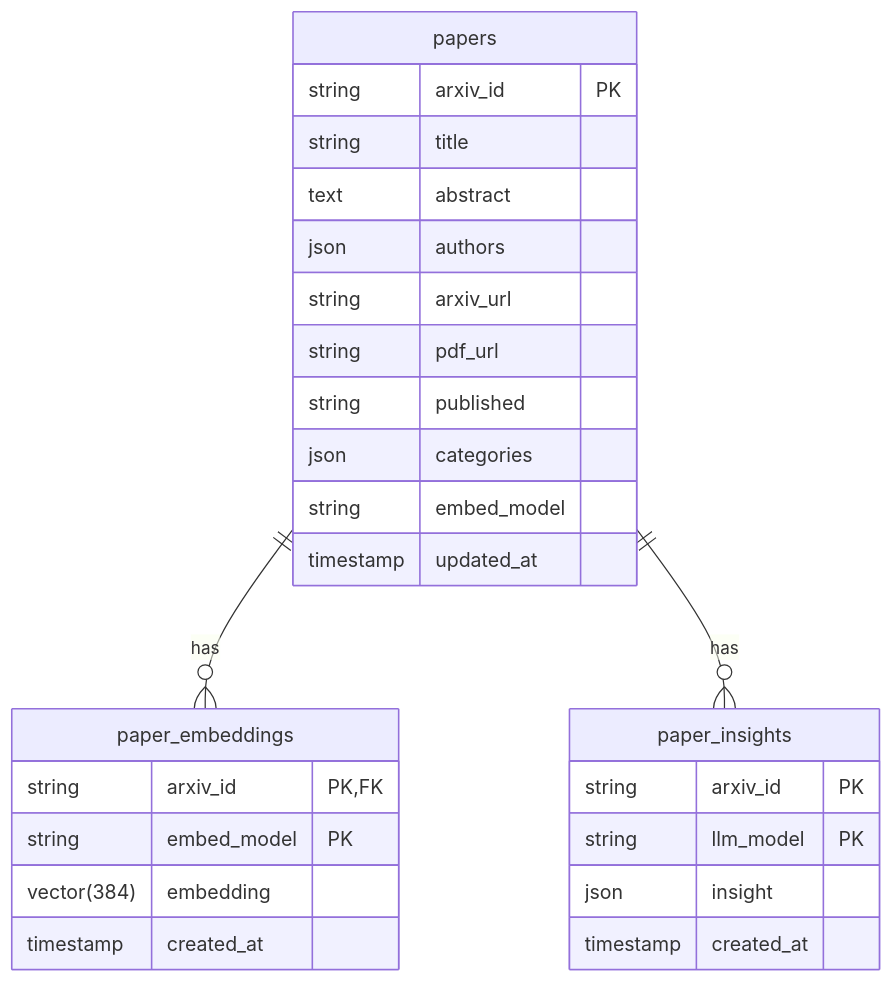
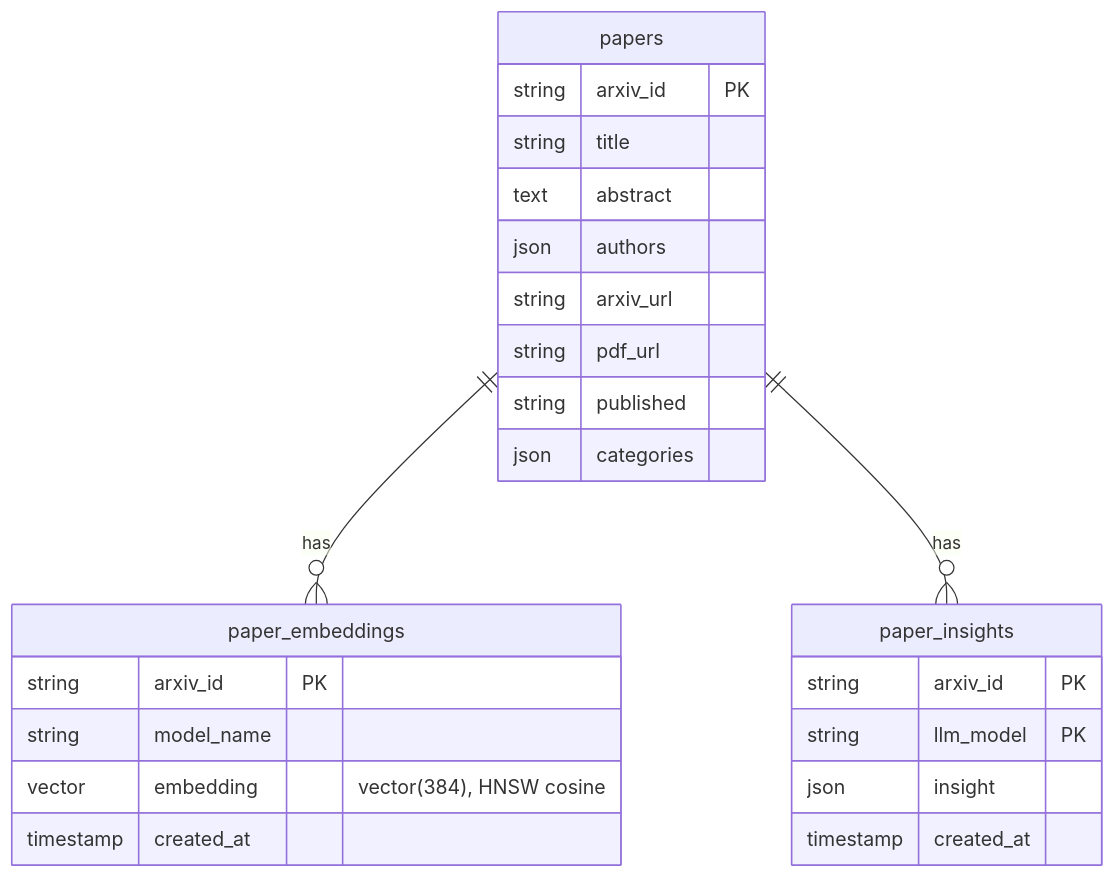
One commit to SKARAlpha0407/BTP_SEM_07 changed the third of 3 diagrams in REPORT.md. Above: the diagram before and after it, drawn with Mermaid. The commit also changed other lines of this file and 1 other file, not shown here.

````diff
--- a/REPORT.md
+++ b/REPORT.md
@@ -194,30 +162,27 @@
 ```mermaid
 erDiagram
-    papers ||--o{ paper_embeddings : "has"
-    papers ||--o{ paper_insights : "has"
+    papers ||--o{ paper_embeddings : has
+    papers ||--o{ paper_insights : has
     papers {
         string arxiv_id PK
         string title
         text abstract
         json authors
         string arxiv_url
         string pdf_url
         string published
         json categories
-        string embed_model
-        timestamp updated_at
     }
     paper_embeddings {
-        string arxiv_id PK, FK
-        string embed_model PK
-        vector(384) embedding
+        string arxiv_id PK
+        string model_name
+        vector embedding "vector(384), HNSW cosine"
         timestamp created_at
-        %% HNSW index on embedding (cosine)
     }
     paper_insights {
         string arxiv_id PK
         string llm_model PK
         json insight
         timestamp created_at
     }
 ```
````
